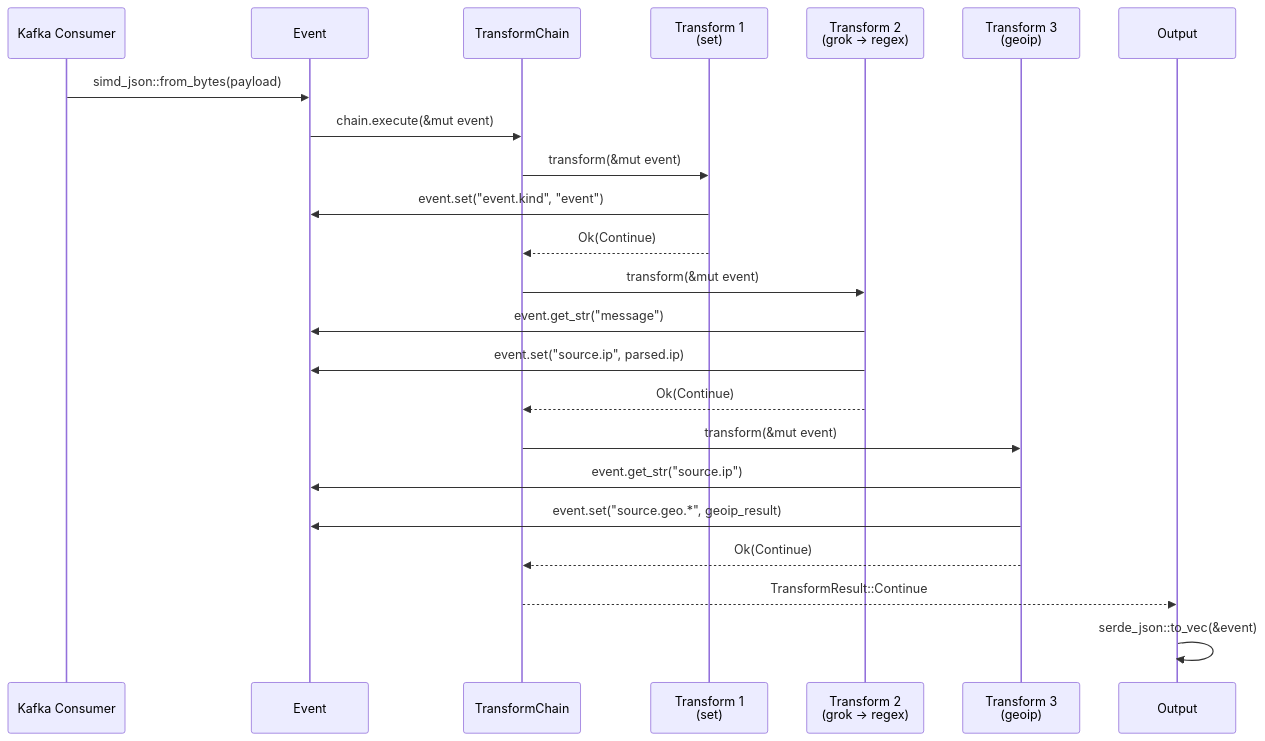
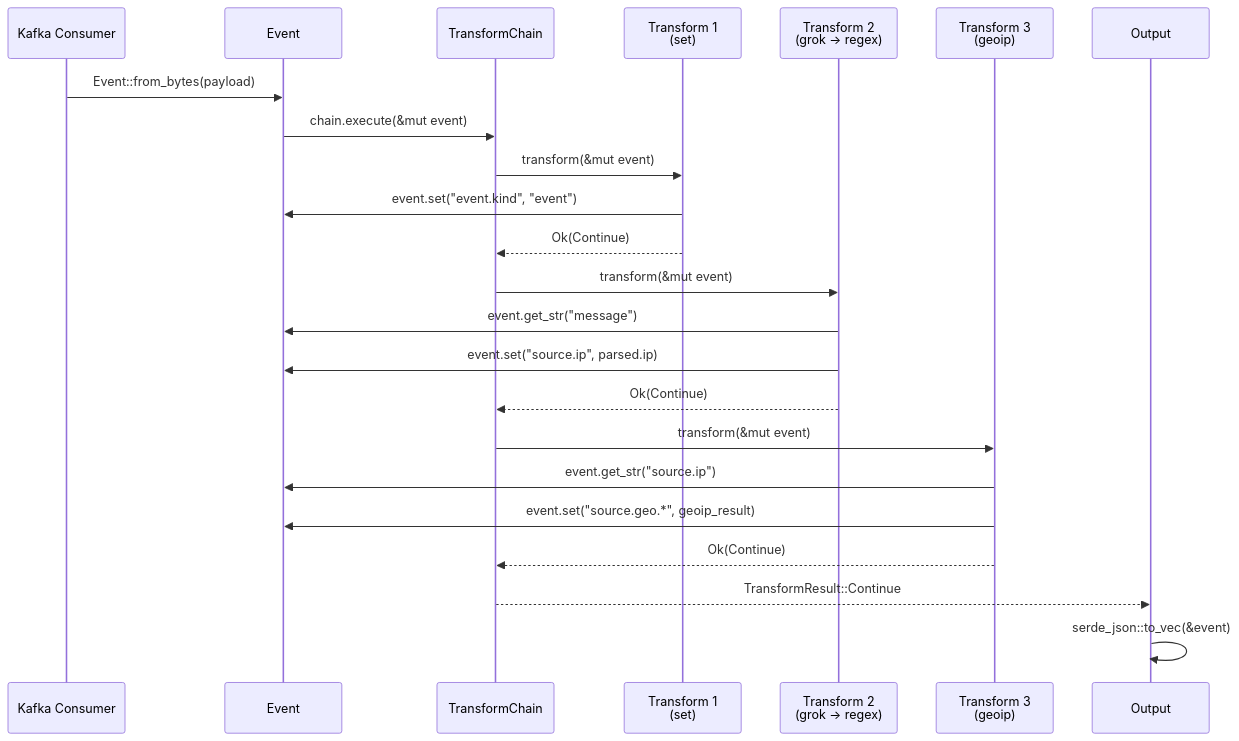
Before and after one commit to hyperi-io/dfe-transform-elastic: the third of 8 diagrams in docs/DESIGN.md, drawn with Mermaid. The commit also changed other lines of this file and 3 other files, not shown here.

````diff
--- a/docs/DESIGN.md
+++ b/docs/DESIGN.md
@@ -241,26 +260,26 @@
 ```mermaid
 sequenceDiagram
     participant K as Kafka Consumer
     participant E as Event
     participant C as TransformChain
     participant T1 as Transform 1<br/>(set)
     participant T2 as Transform 2<br/>(grok → regex)
     participant T3 as Transform 3<br/>(geoip)
     participant O as Output
 
-    K->>E: simd_json::from_bytes(payload)
+    K->>E: Event::from_bytes(payload)
     E->>C: chain.execute(&mut event)
     C->>T1: transform(&mut event)
     T1->>E: event.set("event.kind", "event")
     T1-->>C: Ok(Continue)
     C->>T2: transform(&mut event)
     T2->>E: event.get_str("message")
     T2->>E: event.set("source.ip", parsed.ip)
     T2-->>C: Ok(Continue)
     C->>T3: transform(&mut event)
     T3->>E: event.get_str("source.ip")
     T3->>E: event.set("source.geo.*", geoip_result)
     T3-->>C: Ok(Continue)
     C-->>O: TransformResult::Continue
     O->>O: serde_json::to_vec(&event)
 ```
````
